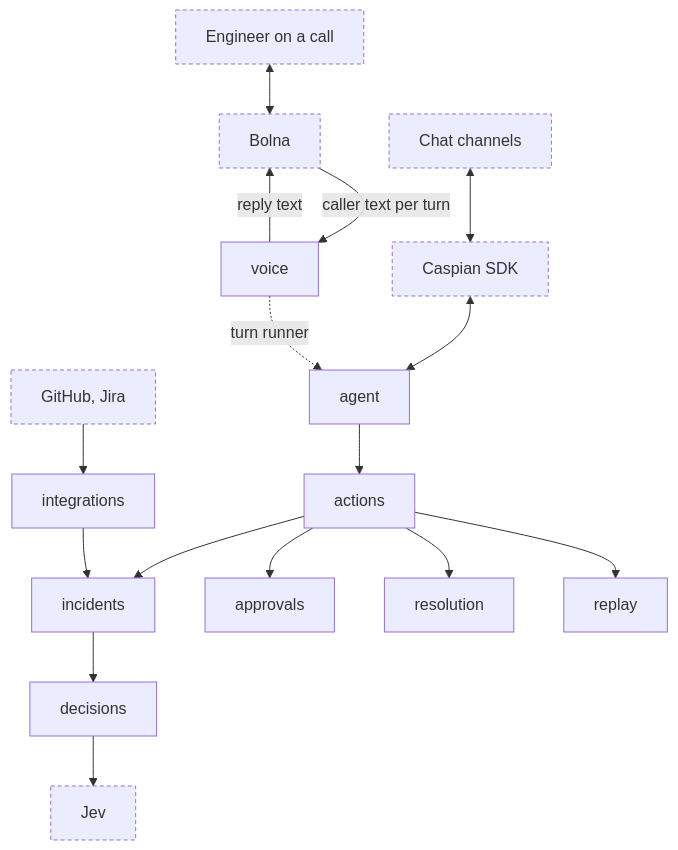
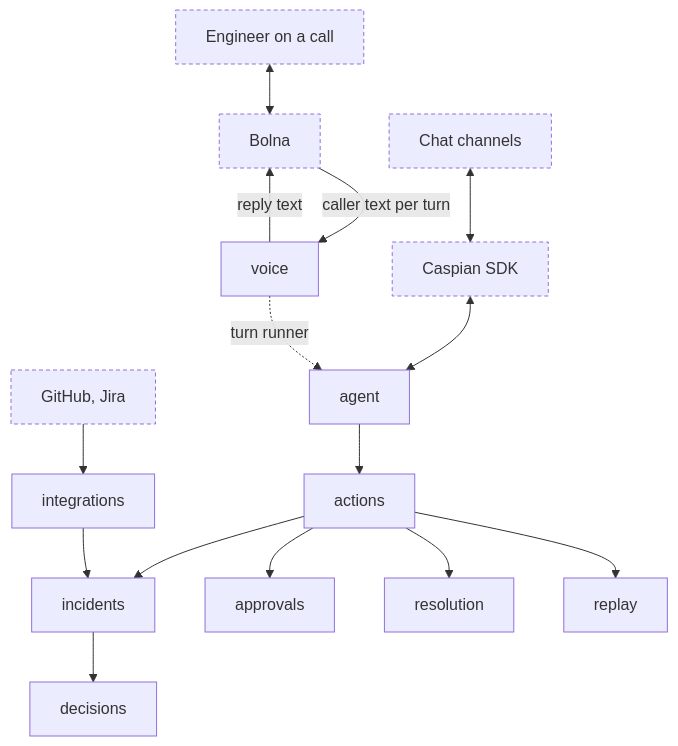
The diagram in README.md (shreya-mishra325/svaar), drawn with Mermaid before and after one commit. The commit also changed other lines of this file and 4 other files, not shown here.

````diff
--- a/README.md
+++ b/README.md
@@ -30,21 +30,20 @@
 ```mermaid
 flowchart TD
     Chat["Chat channels"] <--> Caspian["Caspian SDK"]
     Caspian <--> Agent["agent"]
     Agent --> Actions["actions"]
     Caller["Engineer on a call"] <--> Bolna["Bolna"]
     Bolna -- "caller text per turn" --> Voice["voice"]
     Voice -- "reply text" --> Bolna
     Voice -. "turn runner" .-> Agent
     Actions --> Incidents["incidents"]
     Actions --> Approvals["approvals"]
     Actions --> Resolution["resolution"]
     Actions --> Replay["replay"]
     Incidents --> Decisions["decisions"]
-    Decisions --> Jev["Jev"]
     Sources["GitHub, Jira"] --> Integrations["integrations"]
     Integrations --> Incidents
 
     classDef external stroke-dasharray: 4 3
-    class Chat,Caspian,Caller,Bolna,Jev,Sources external
+    class Chat,Caspian,Caller,Bolna,Sources external
 ```
````
